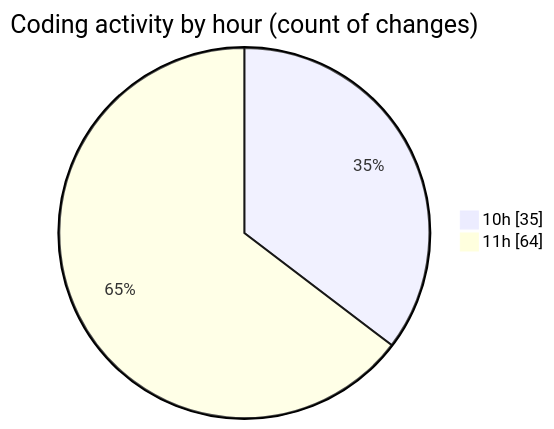
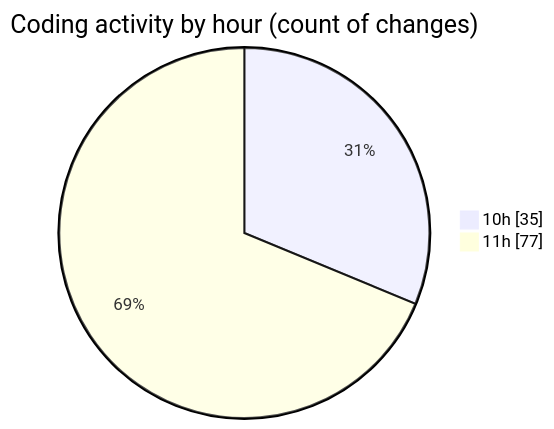
The second of 2 diagrams in 2025-03-28/cda/README.md (momahboobian/code-tracking), drawn with Mermaid before and after one commit. The commit also changed other lines of this file and 1 other file, not shown here.

````diff
--- a/2025-03-28/cda/README.md
+++ b/2025-03-28/cda/README.md
@@ -32,6 +32,6 @@
 ```mermaid
 pie showData
 title Coding activity by hour (count of changes)
 "10h" : 35
-"11h" : 64
+"11h" : 77
 ```
````
